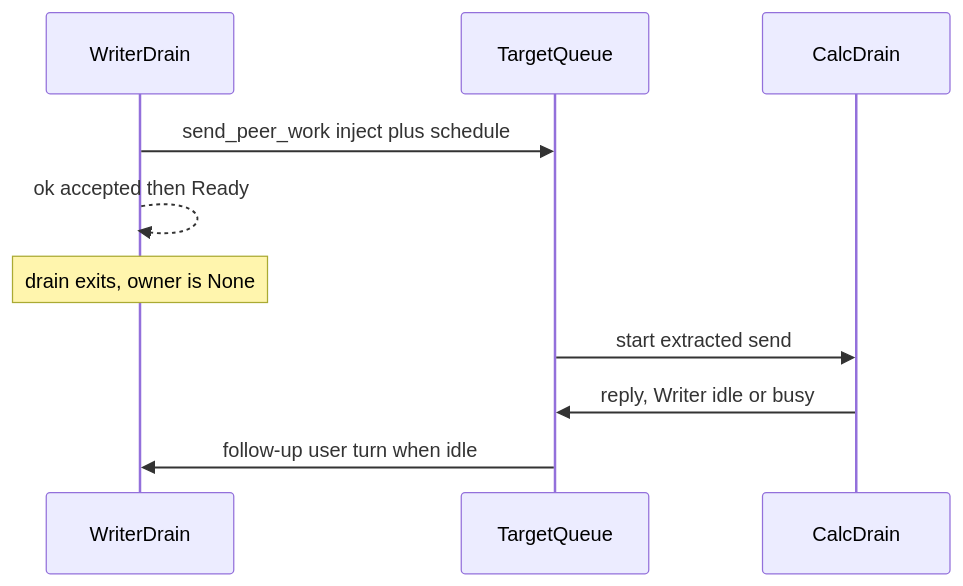
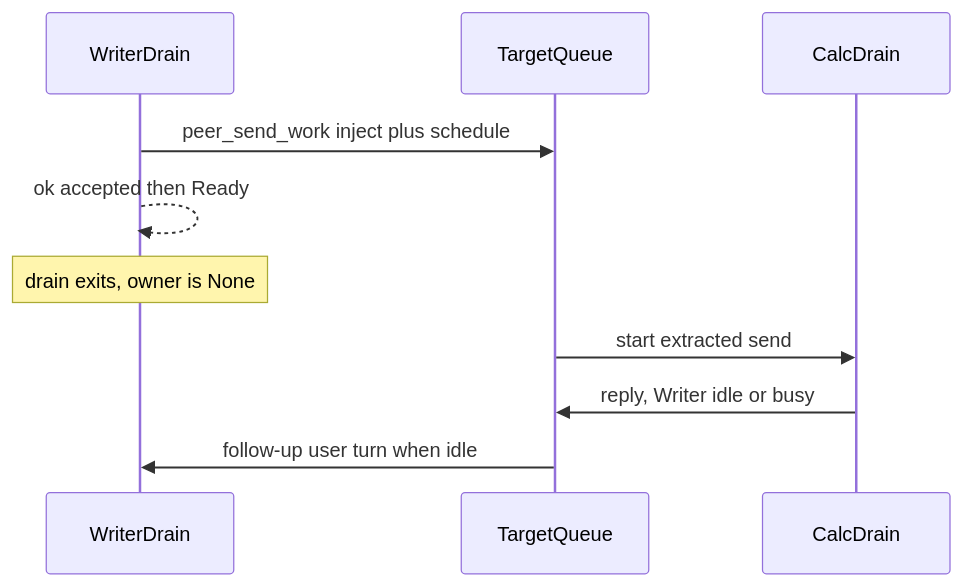
One commit to KeithCu/writeragent changed the first of 2 diagrams in docs/chat/peer-messaging.md. Above: the diagram before and after it, drawn with Mermaid. The commit also changed other lines of this file and 140 other files, not shown here.

````diff
--- a/docs/chat/peer-messaging.md
+++ b/docs/chat/peer-messaging.md
@@ -38,12 +38,12 @@
 ```mermaid
 sequenceDiagram
   participant W as WriterDrain
   participant Q as TargetQueue
   participant C as CalcDrain
-  W->>Q: send_peer_work inject plus schedule
+  W->>Q: peer_send_work inject plus schedule
   W-->>W: ok accepted then Ready
   Note over W: drain exits, owner is None
   Q->>C: start extracted send
   C->>Q: reply, Writer idle or busy
   Q->>W: follow-up user turn when idle
 ```
````
